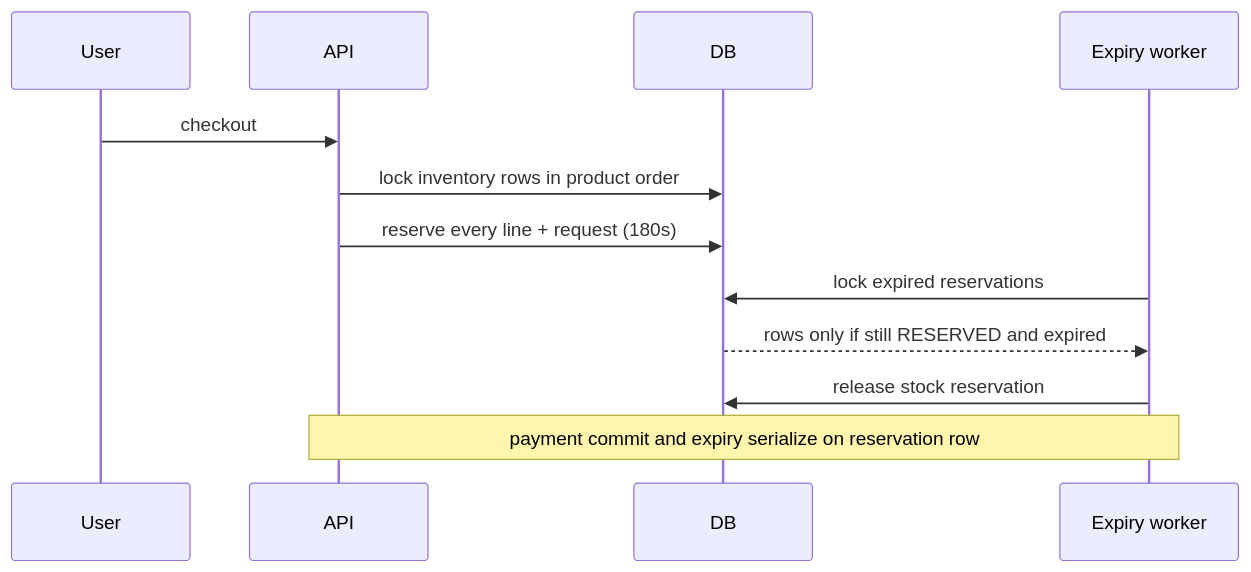
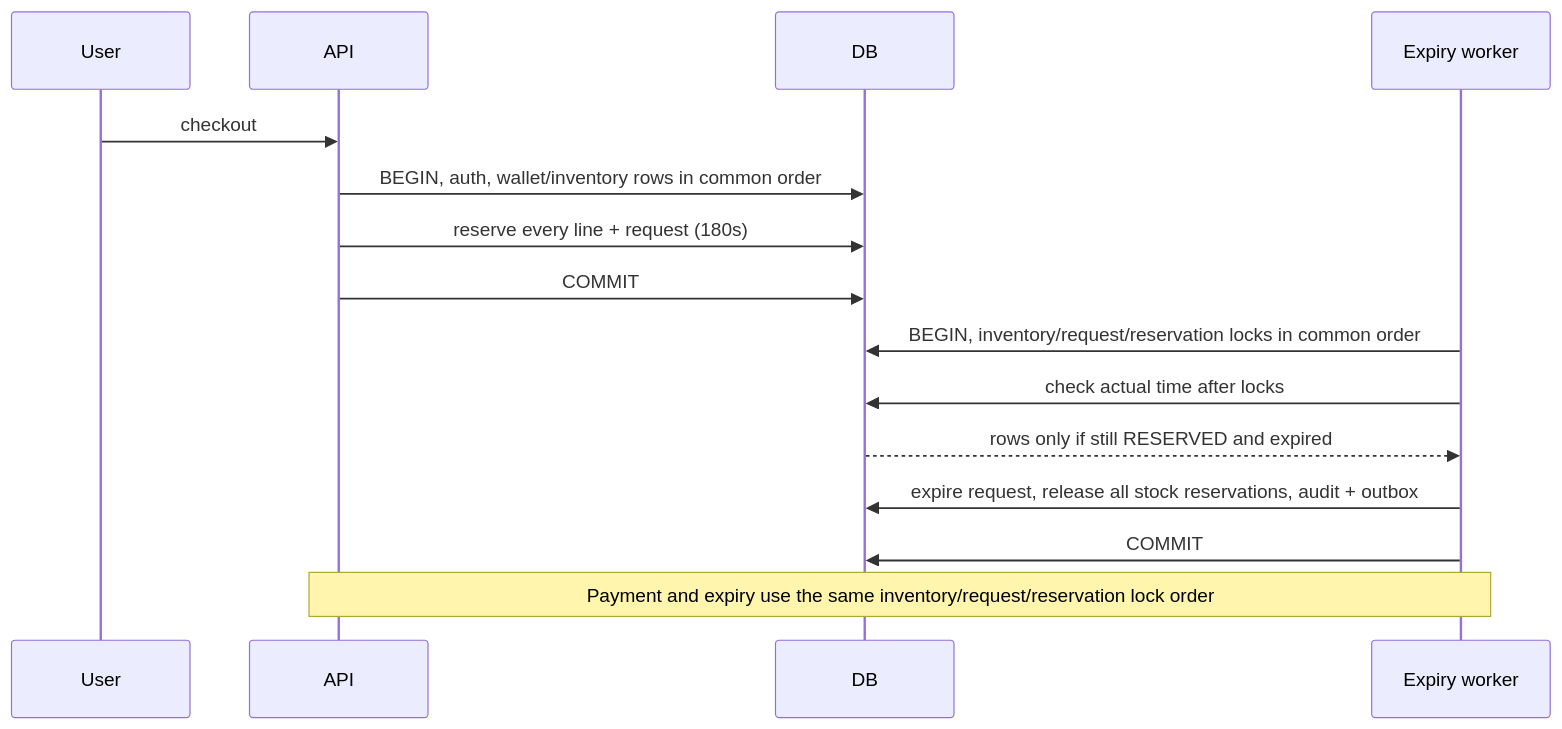
One commit to fespay-team/fespay changed the tenth of 11 diagrams in docs/design/detailed-design.md. Above: the diagram before and after it, drawn with Mermaid. The commit also changed other lines of this file and 8 other files, not shown here.

````diff
--- a/docs/design/detailed-design.md
+++ b/docs/design/detailed-design.md
@@ -517,14 +646,17 @@
 ```mermaid
 sequenceDiagram
   participant U as User
   participant API
   participant DB
   participant W as Expiry worker
   U->>API: checkout
-  API->>DB: lock inventory rows in product order
+  API->>DB: BEGIN, auth, wallet/inventory rows in common order
   API->>DB: reserve every line + request (180s)
-  W->>DB: lock expired reservations
+  API->>DB: COMMIT
+  W->>DB: BEGIN, inventory/request/reservation locks in common order
+  W->>DB: check actual time after locks
   DB-->>W: rows only if still RESERVED and expired
-  W->>DB: release stock reservation
-  Note over API,W: payment commit and expiry serialize on reservation row
+  W->>DB: expire request, release all stock reservations, audit + outbox
+  W->>DB: COMMIT
+  Note over API,W: Payment and expiry use the same inventory/request/reservation lock order
 ```
````
